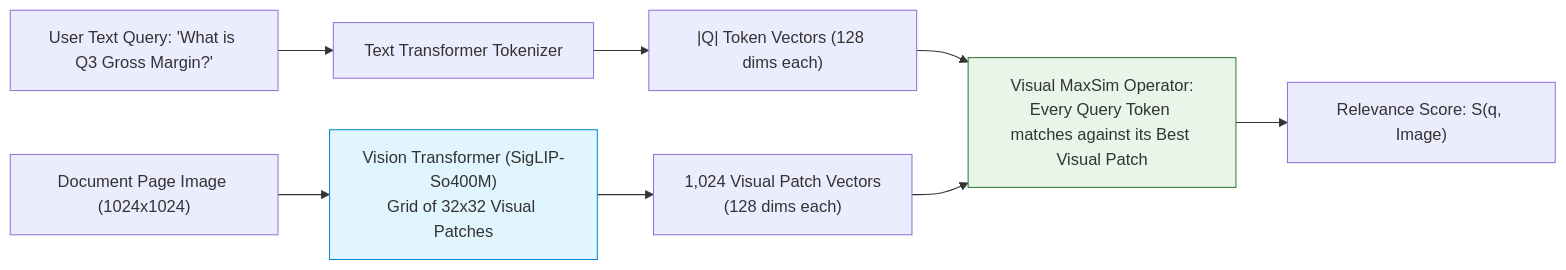
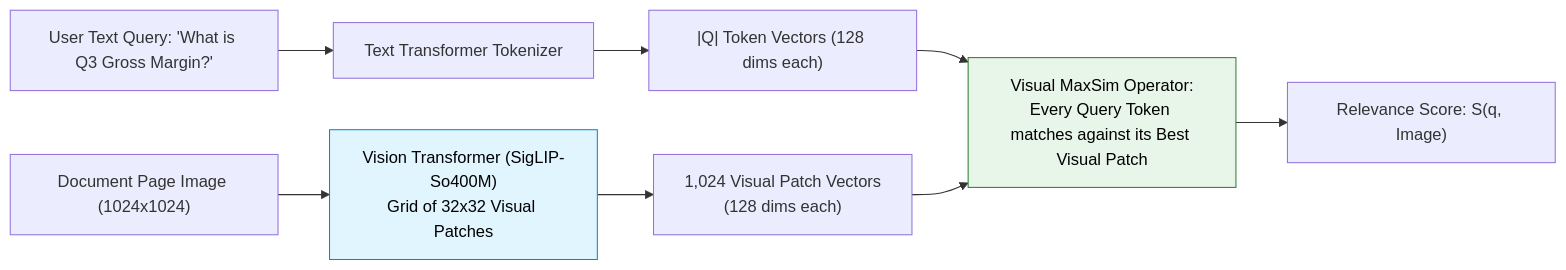
The second of 4 diagrams in 06-Advanced-RAG/Multi-Modal-RAG.md (swapnil3104/RAG-Engineering), drawn with Mermaid before and after one commit. The commit also changed other lines of this file and 108 other files, not shown here.

Commit message:
fix: make chart text visible across all Mermaid diagrams and resolve markdown table formatting issues

````diff
--- a/06-Advanced-RAG/Multi-Modal-RAG.md
+++ b/06-Advanced-RAG/Multi-Modal-RAG.md
@@ -75,14 +75,14 @@
 ```mermaid
 flowchart LR
     DocImg["Document Page Image (1024x1024)"] --> ViT["Vision Transformer (SigLIP-So400M)<br/>Grid of 32x32 Visual Patches"]
     ViT --> PatchVecs["1,024 Visual Patch Vectors<br/>(128 dims each)"]
     
     Query["User Text Query: 'What is Q3 Gross Margin?'"] --> TextEnc["Text Transformer Tokenizer"]
     TextEnc --> QueryVecs["|Q| Token Vectors (128 dims each)"]
 
     QueryVecs & PatchVecs --> MaxSimOp["Visual MaxSim Operator:<br/>Every Query Token matches against its Best Visual Patch"]
     MaxSimOp --> Score["Relevance Score: S(q, Image)"]
 
-    style ViT fill:#e1f5fe,stroke:#0288d1,stroke-width:1px
-    style MaxSimOp fill:#e8f5e9,stroke:#2e7d32,stroke-width:1px
+    style ViT fill:#e1f5fe,stroke:#0288d1,stroke-width:1px,color:#000000
+    style MaxSimOp fill:#e8f5e9,stroke:#2e7d32,stroke-width:1px,color:#000000
 ```
````
